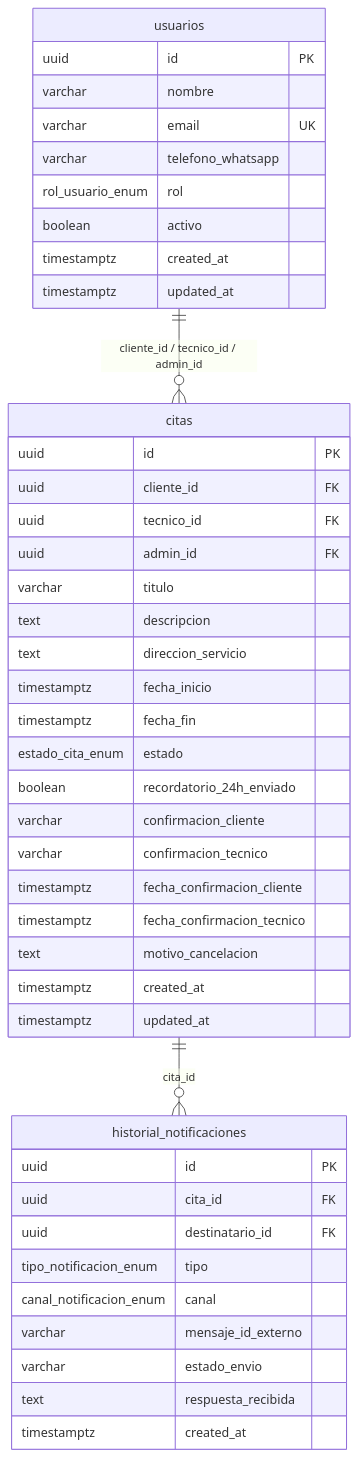
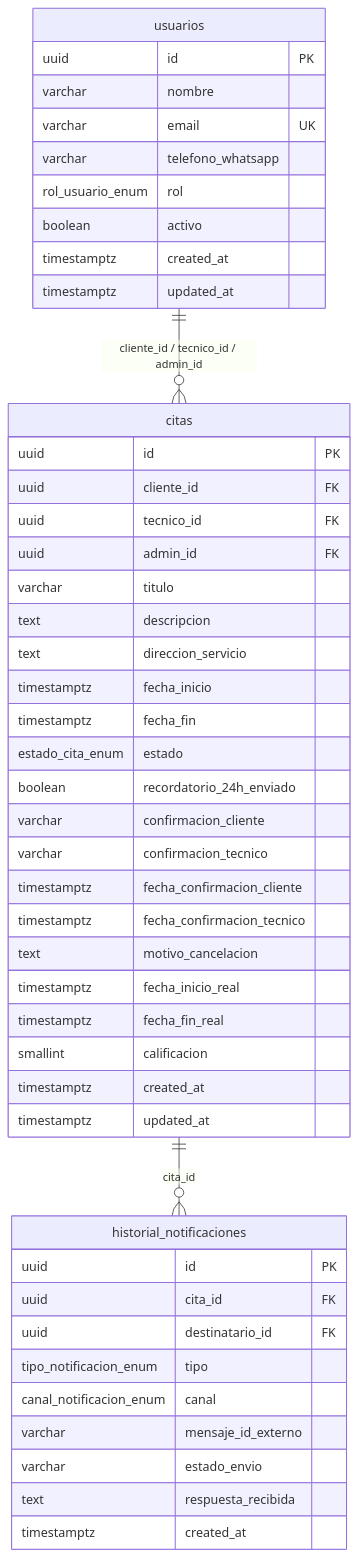
Before and after one commit to DanielCortes16/SistemaDeAgendamiento: the third of 3 diagrams in README.md, drawn with Mermaid. The commit also changed other lines of this file and 2 other files, not shown here.

Commit message:
feat: flujo completo de inicio, finalizacion y calificacion CSAT de citas

````diff
--- a/README.md
+++ b/README.md
@@ -285,49 +288,52 @@
 ```mermaid
 erDiagram
     usuarios ||--o{ citas : "cliente_id / tecnico_id / admin_id"
     citas ||--o{ historial_notificaciones : "cita_id"
 
     usuarios {
         uuid id PK
         varchar nombre
         varchar email UK
         varchar telefono_whatsapp
         rol_usuario_enum rol
         boolean activo
         timestamptz created_at
         timestamptz updated_at
     }
 
     citas {
         uuid id PK
         uuid cliente_id FK
         uuid tecnico_id FK
         uuid admin_id FK
         varchar titulo
         text descripcion
         text direccion_servicio
         timestamptz fecha_inicio
         timestamptz fecha_fin
         estado_cita_enum estado
         boolean recordatorio_24h_enviado
         varchar confirmacion_cliente
         varchar confirmacion_tecnico
         timestamptz fecha_confirmacion_cliente
         timestamptz fecha_confirmacion_tecnico
         text motivo_cancelacion
+        timestamptz fecha_inicio_real
+        timestamptz fecha_fin_real
+        smallint calificacion
         timestamptz created_at
         timestamptz updated_at
     }
 
     historial_notificaciones {
         uuid id PK
         uuid cita_id FK
         uuid destinatario_id FK
         tipo_notificacion_enum tipo
         canal_notificacion_enum canal
         varchar mensaje_id_externo
         varchar estado_envio
         text respuesta_recibida
         timestamptz created_at
     }
 ```
````
